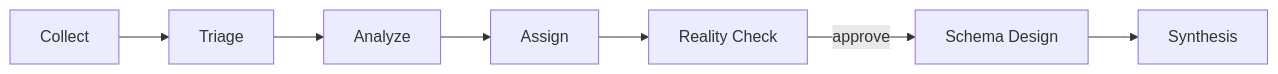
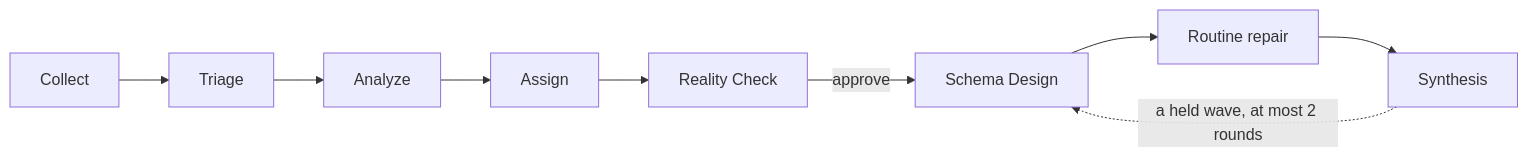
One commit to aws-samples/sample-aws-genai-db-modernizer changed the diagram in docs/use-claude-code.md. Above: the diagram before and after it, drawn with Mermaid. The commit also changed other lines of this file and 11 other files, not shown here.

````diff
--- a/docs/use-claude-code.md
+++ b/docs/use-claude-code.md
@@ -7,9 +7,11 @@
 ```mermaid
 graph LR
     A[Collect] --> B[Triage]
     B --> C[Analyze]
     C --> D[Assign]
     D --> E[Reality Check]
     E -->|approve| F[Schema Design]
-    F --> G[Synthesis]
+    F --> G[Routine repair]
+    G --> H[Synthesis]
+    H -.->|a held wave, at most 2 rounds| F
 ```
````
